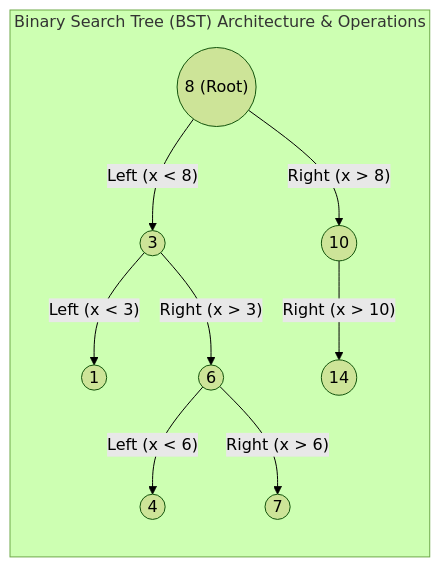
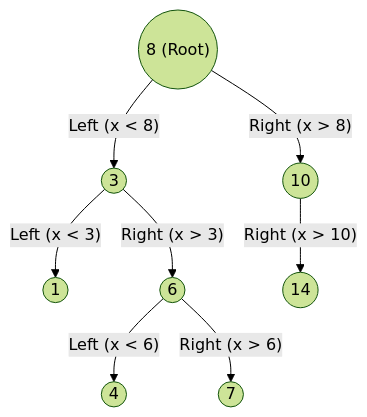
The diagram in content/01_IT Tech/이진 탐색 트리.md (supremethumb/supremethumb.github.io), drawn with Mermaid (forest theme) before and after one commit. The commit also changed other lines of this file and 362 other files, not shown here.

````diff
--- a/content/01_IT Tech/이진 탐색 트리.md
+++ b/content/01_IT Tech/이진 탐색 트리.md
@@ -27,30 +37,22 @@
 ```mermaid
 flowchart TB
-    subgraph "Binary Search Tree (BST) Architecture & Operations"
-        direction TB
-        Root(("8 (Root)"))
-        
-        L1(("3"))
-        R1(("10"))
-        
-        L2(("1"))
-        R2(("6"))
-        
-        R3(("14"))
-        
-        L3(("4"))
-        R4(("7"))
-        
-        Root -- "Left (x < 8)" --> L1
-        Root -- "Right (x > 8)" --> R1
-        
-        L1 -- "Left (x < 3)" --> L2
-        L1 -- "Right (x > 3)" --> R2
-        
-        R1 -- "Right (x > 10)" --> R3
-        
-        R2 -- "Left (x < 6)" --> L3
-        R2 -- "Right (x > 6)" --> R4
-    end
-
+    Root(("8 (Root)"))
+    L1(("3"))
+    R1(("10"))
+    L2(("1"))
+    R2(("6"))
+    R3(("14"))
+    L3(("4"))
+    R4(("7"))
+    
+    Root -- "Left (x < 8)" --> L1
+    Root -- "Right (x > 8)" --> R1
+    
+    L1 -- "Left (x < 3)" --> L2
+    L1 -- "Right (x > 3)" --> R2
+    
+    R1 -- "Right (x > 10)" --> R3
+    
+    R2 -- "Left (x < 6)" --> L3
+    R2 -- "Right (x > 6)" --> R4
 ```
````
